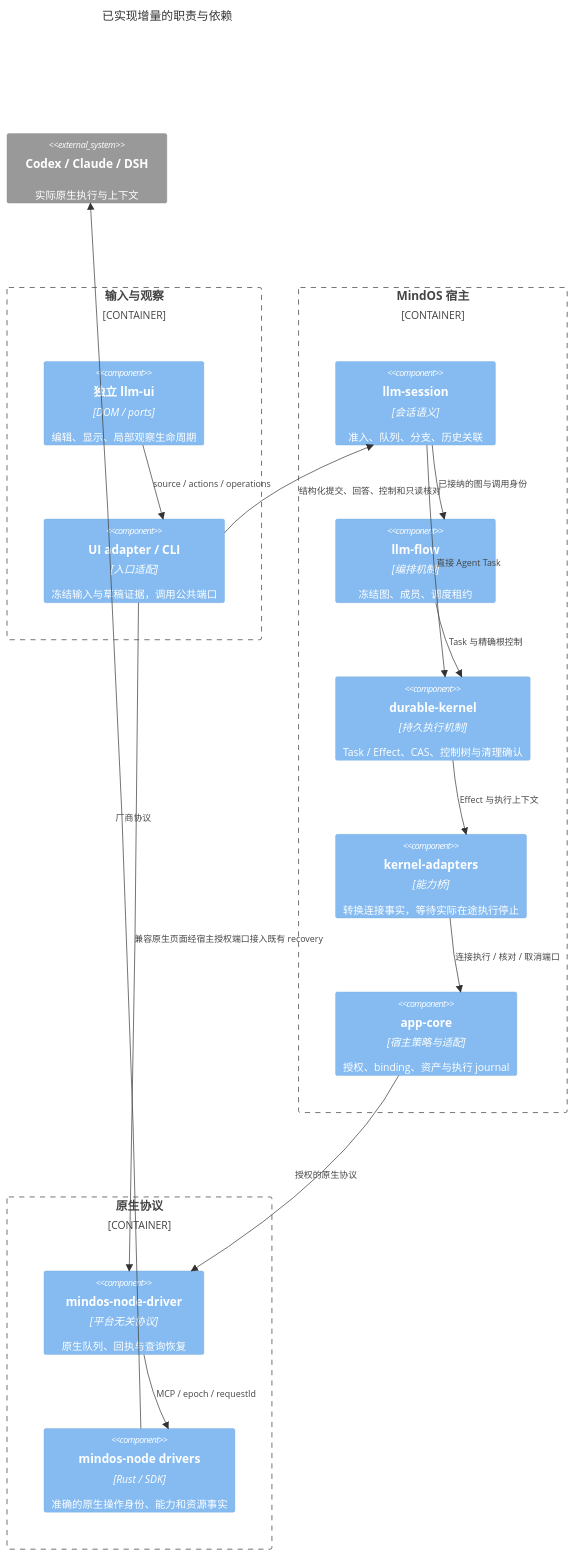
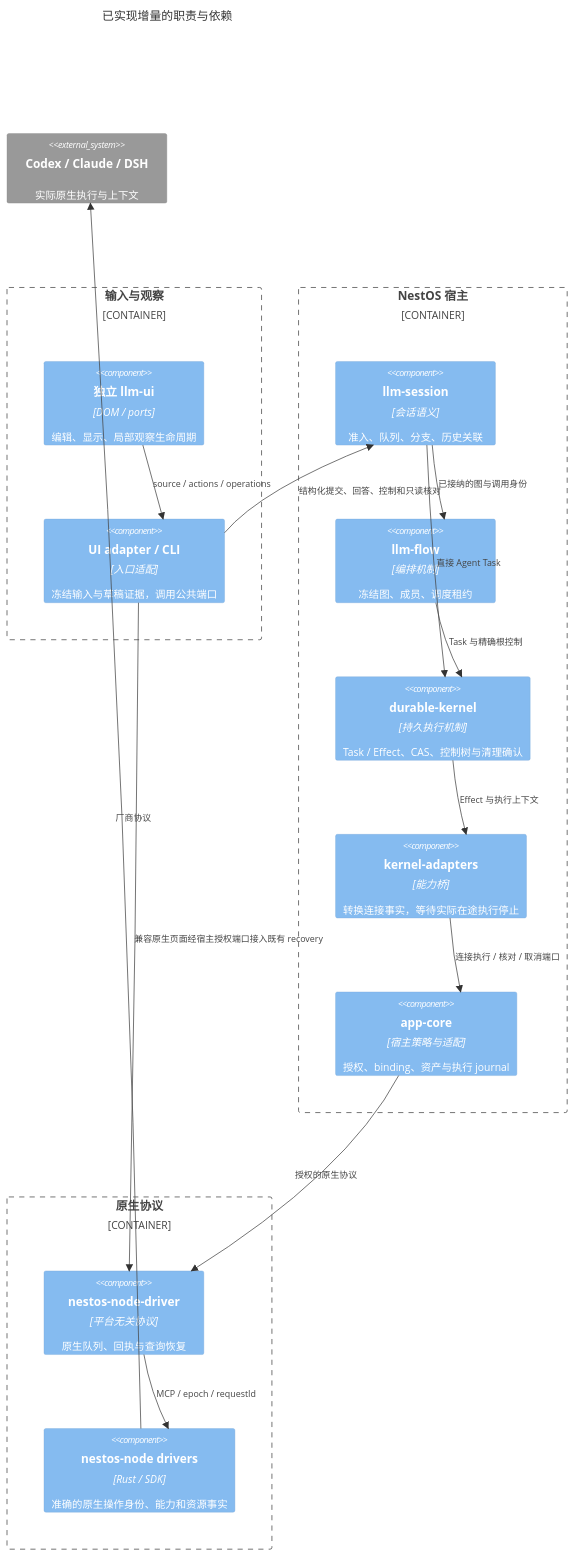
The eighth of 9 diagrams in doc/design/agent-session-connection-review.md (mushuanli/NestOS), drawn with Mermaid before and after one commit. The commit also changed other lines of this file and 428 other files, not shown here.

````diff
--- a/doc/design/agent-session-connection-review.md
+++ b/doc/design/agent-session-connection-review.md
@@ -1047,31 +1047,31 @@
 ```mermaid
 C4Component
     title 已实现增量的职责与依赖
     Container_Boundary(front, "输入与观察") {
         Component(ui, "独立 llm-ui", "DOM / ports", "编辑、显示、局部观察生命周期")
         Component(entry, "UI adapter / CLI", "入口适配", "冻结输入与草稿证据，调用公共端口")
     }
-    Container_Boundary(host, "MindOS 宿主") {
+    Container_Boundary(host, "NestOS 宿主") {
         Component(session, "llm-session", "会话语义", "准入、队列、分支、历史关联")
         Component(flow, "llm-flow", "编排机制", "冻结图、成员、调度租约")
         Component(kernel, "durable-kernel", "持久执行机制", "Task / Effect、CAS、控制树与清理确认")
         Component(bridge, "kernel-adapters", "能力桥", "转换连接事实，等待实际在途执行停止")
         Component(policy, "app-core", "宿主策略与适配", "授权、binding、资产与执行 journal")
     }
     Container_Boundary(remote, "原生协议") {
-        Component(client, "mindos-node-driver", "平台无关协议", "原生队列、回执与查询恢复")
-        Component(node, "mindos-node drivers", "Rust / SDK", "准确的原生操作身份、能力和资源事实")
+        Component(client, "nestos-node-driver", "平台无关协议", "原生队列、回执与查询恢复")
+        Component(node, "nestos-node drivers", "Rust / SDK", "准确的原生操作身份、能力和资源事实")
     }
     System_Ext(native, "Codex / Claude / DSH", "实际原生执行与上下文")
     Rel(ui, entry, "source / actions / operations")
     Rel(entry, session, "结构化提交、回答、控制和只读核对")
     Rel(session, flow, "已接纳的图与调用身份")
     Rel(session, kernel, "直接 Agent Task")
     Rel(flow, kernel, "Task 与精确根控制")
     Rel(kernel, bridge, "Effect 与执行上下文")
     Rel(bridge, policy, "连接执行 / 核对 / 取消端口")
     Rel(policy, client, "授权的原生协议")
     Rel(client, node, "MCP / epoch / requestId")
     Rel(node, native, "厂商协议")
     Rel(entry, client, "兼容原生页面经宿主授权端口接入既有 recovery")
 ```
````
